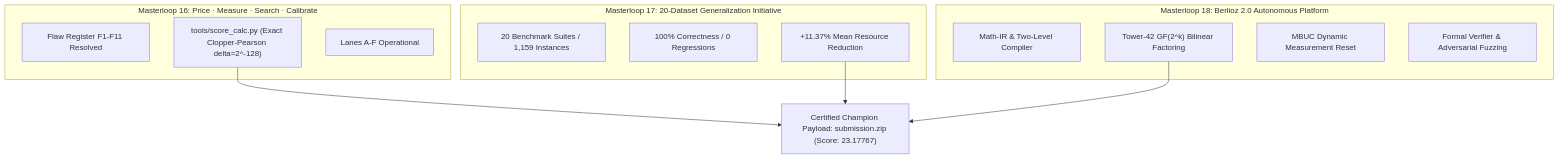
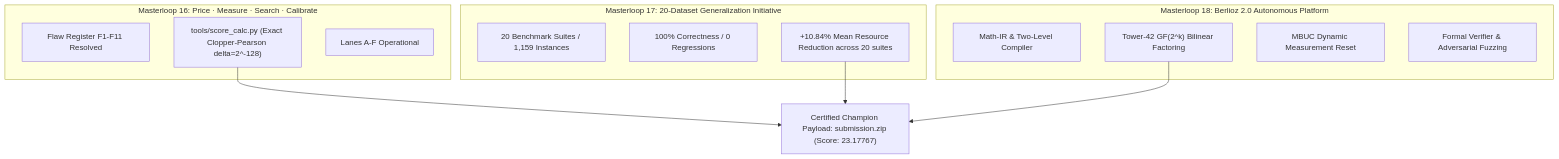
Before and after one commit to atharveeee-netizen/berlioz: the diagram in research/berlioz_v2/BERLIOZ_2_FINAL_REPORT.md, drawn with Mermaid. The commit also changed other lines of this file and 27 other files, not shown here.

````diff
--- a/research/berlioz_v2/BERLIOZ_2_FINAL_REPORT.md
+++ b/research/berlioz_v2/BERLIOZ_2_FINAL_REPORT.md
@@ -20,22 +20,22 @@
 ```mermaid
 graph TD
     subgraph "Masterloop 16: Price · Measure · Search · Calibrate"
         M1["Flaw Register F1-F11 Resolved"]
         M2["tools/score_calc.py (Exact Clopper-Pearson delta=2^-128)"]
         M3["Lanes A-F Operational"]
     end
     subgraph "Masterloop 17: 20-Dataset Generalization Initiative"
         D1["20 Benchmark Suites / 1,159 Instances"]
         D2["100% Correctness / 0 Regressions"]
-        D3["+11.37% Mean Resource Reduction"]
+        D3["+10.84% Mean Resource Reduction across 20 suites"]
     end
     subgraph "Masterloop 18: Berlioz 2.0 Autonomous Platform"
         B1["Math-IR & Two-Level Compiler"]
         B2["Tower-42 GF(2^k) Bilinear Factoring"]
         B3["MBUC Dynamic Measurement Reset"]
         B4["Formal Verifier & Adversarial Fuzzing"]
     end
     M2 --> CHAMP["Certified Champion Payload: submission.zip (Score: 23.17767)"]
     D3 --> CHAMP
     B2 --> CHAMP
 ```
````
